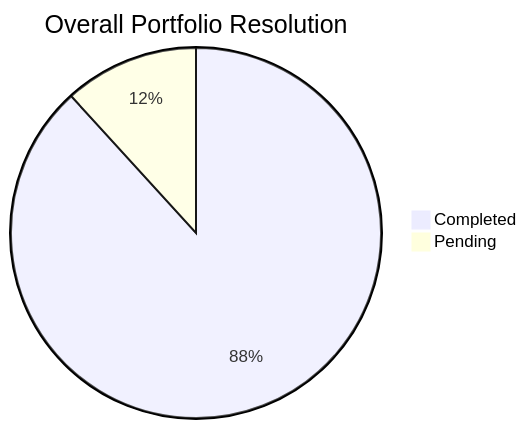
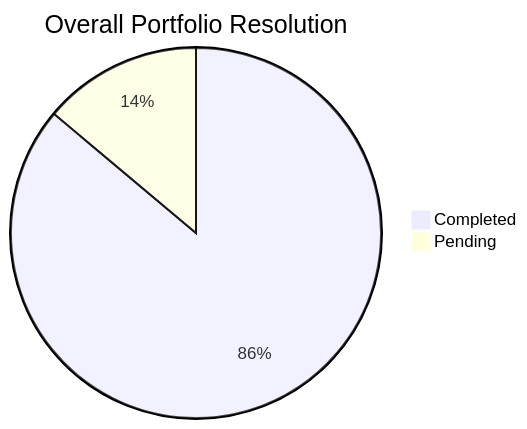
The diagram in Global_Summary.md (sagarms97/MyWorkDairy), drawn with Mermaid before and after one commit. The commit also changed other lines of this file and 6 other files, not shown here.

````diff
--- a/Global_Summary.md
+++ b/Global_Summary.md
@@ -12,5 +12,5 @@
 ```mermaid
 pie title Overall Portfolio Resolution
-    "Completed" : 60
-    "Pending" : 8
+    "Completed" : 62
+    "Pending" : 10
 ```
````
